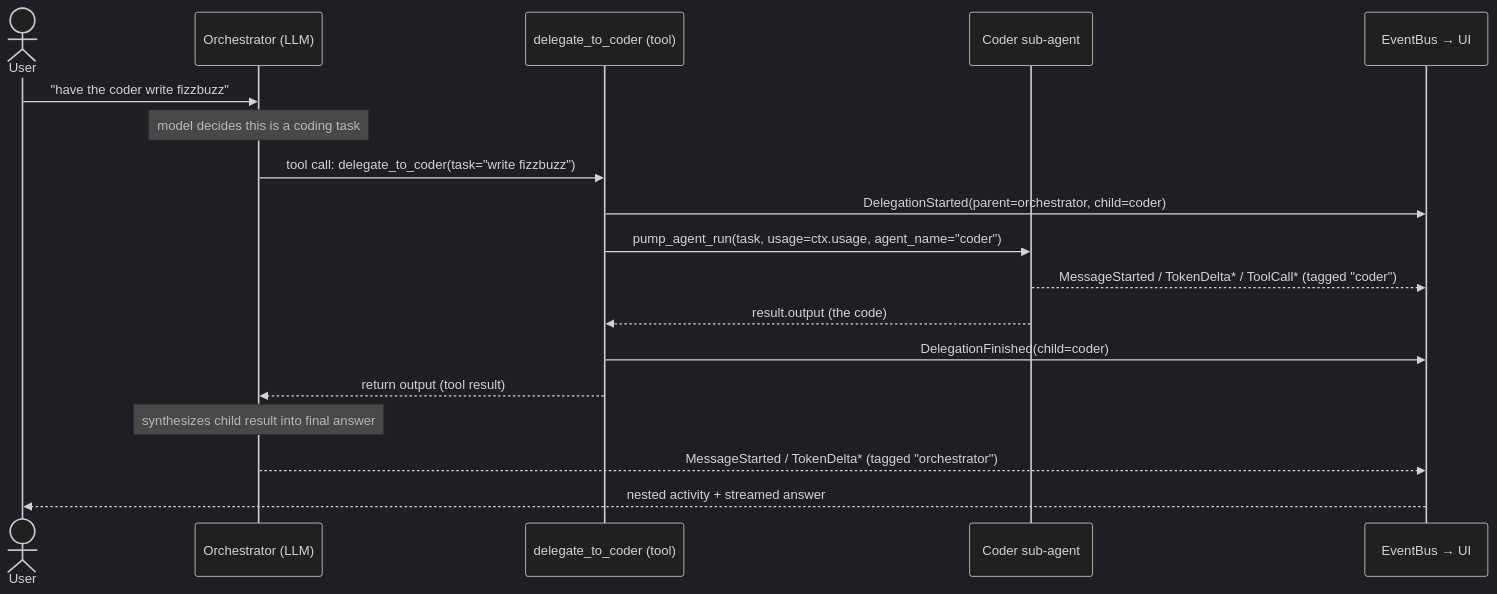
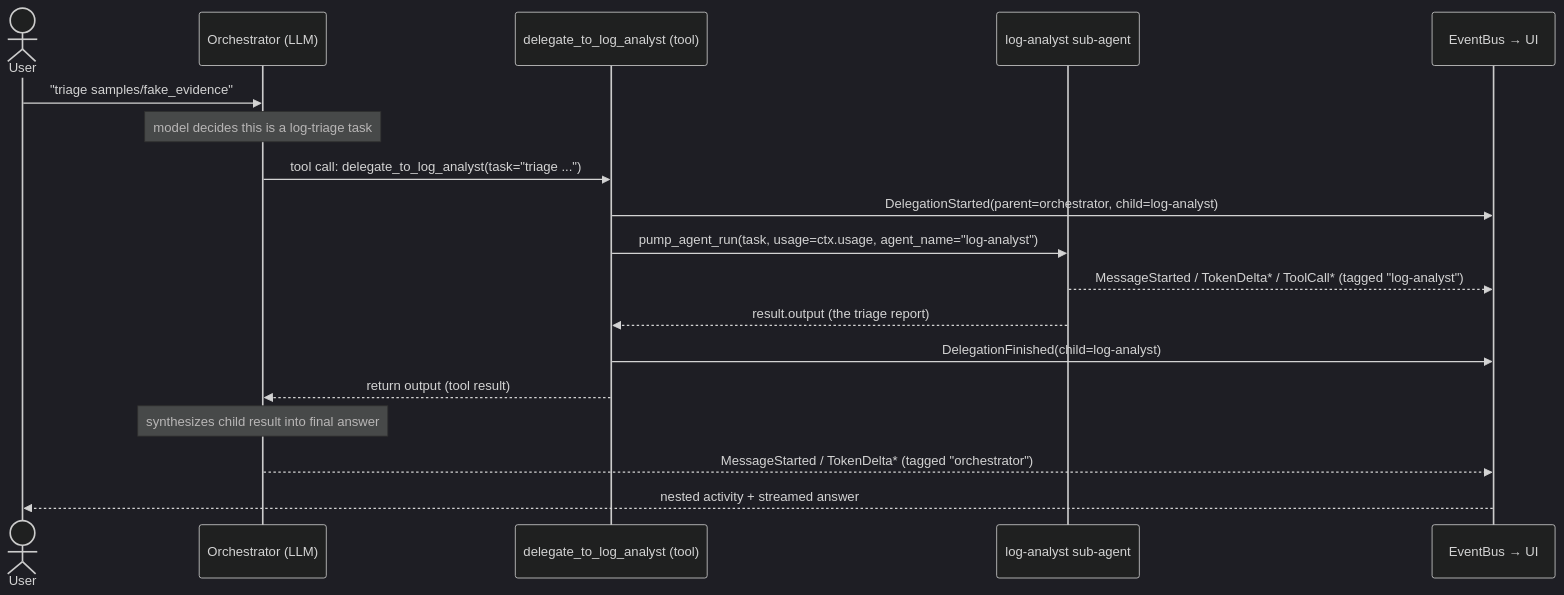
The diagram in README.md (SkyJw/AI_DEBUG), drawn with Mermaid (dark theme) before and after one commit. The commit also changed other lines of this file and 22 other files, not shown here.

````diff
--- a/README.md
+++ b/README.md
@@ -79,21 +86,21 @@
 ```mermaid
 sequenceDiagram
     actor User
     participant O as Orchestrator (LLM)
-    participant D as delegate_to_coder (tool)
-    participant C as Coder sub-agent
+    participant D as delegate_to_log_analyst (tool)
+    participant C as log-analyst sub-agent
     participant Bus as EventBus → UI
 
-    User->>O: "have the coder write fizzbuzz"
-    Note over O: model decides this is a coding task
-    O->>D: tool call: delegate_to_coder(task="write fizzbuzz")
-    D->>Bus: DelegationStarted(parent=orchestrator, child=coder)
-    D->>C: pump_agent_run(task, usage=ctx.usage, agent_name="coder")
-    C-->>Bus: MessageStarted / TokenDelta* / ToolCall* (tagged "coder")
-    C-->>D: result.output (the code)
-    D->>Bus: DelegationFinished(child=coder)
+    User->>O: "triage samples/fake_evidence"
+    Note over O: model decides this is a log-triage task
+    O->>D: tool call: delegate_to_log_analyst(task="triage ...")
+    D->>Bus: DelegationStarted(parent=orchestrator, child=log-analyst)
+    D->>C: pump_agent_run(task, usage=ctx.usage, agent_name="log-analyst")
+    C-->>Bus: MessageStarted / TokenDelta* / ToolCall* (tagged "log-analyst")
+    C-->>D: result.output (the triage report)
+    D->>Bus: DelegationFinished(child=log-analyst)
     D-->>O: return output (tool result)
     Note over O: synthesizes child result into final answer
     O-->>Bus: MessageStarted / TokenDelta* (tagged "orchestrator")
     Bus-->>User: nested activity + streamed answer
 ```
````
